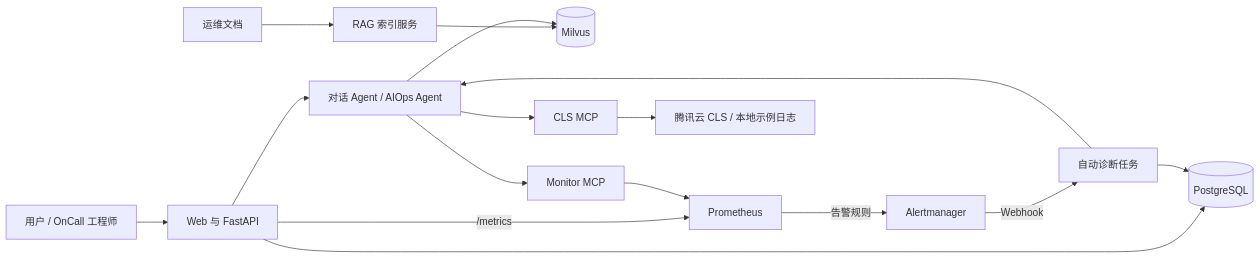
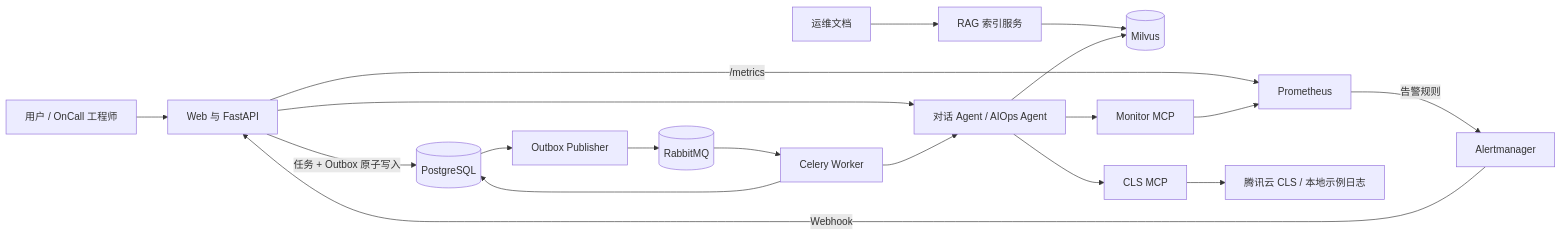
The diagram in README.md (relievedkk/ai-oncall-diagnosis-platform), drawn with Mermaid before and after one commit. The commit also changed other lines of this file and 24 other files, not shown here.

````diff
--- a/README.md
+++ b/README.md
@@ -20,18 +21,21 @@
 ```mermaid
 flowchart LR
     User[用户 / OnCall 工程师] --> Web[Web 与 FastAPI]
     Docs[运维文档] --> RAG[RAG 索引服务]
     RAG --> Milvus[(Milvus)]
-    Web --> PostgreSQL[(PostgreSQL)]
+    Web -->|任务 + Outbox 原子写入| PostgreSQL[(PostgreSQL)]
     Web --> Agent[对话 Agent / AIOps Agent]
     Agent --> Milvus
     Agent --> Monitor[Monitor MCP]
     Agent --> CLS[CLS MCP]
     Web -->|/metrics| Prometheus[Prometheus]
     Prometheus -->|告警规则| Alertmanager[Alertmanager]
-    Alertmanager -->|Webhook| Jobs[自动诊断任务]
-    Jobs --> Agent
-    Jobs --> PostgreSQL
+    Alertmanager -->|Webhook| Web
+    PostgreSQL --> Publisher[Outbox Publisher]
+    Publisher --> RabbitMQ[(RabbitMQ)]
+    RabbitMQ --> Worker[Celery Worker]
+    Worker --> Agent
+    Worker --> PostgreSQL
     Monitor --> Prometheus
     CLS --> Logs[腾讯云 CLS / 本地示例日志]
 ```
````
